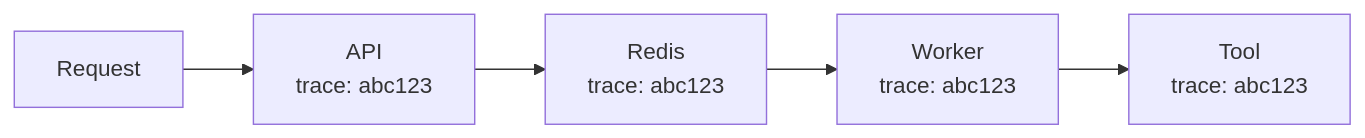
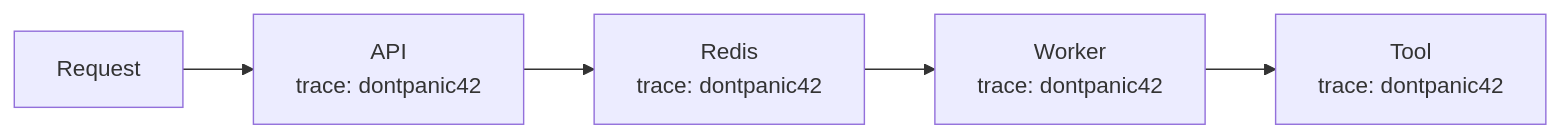
Diagram 12 of 13 in observability.md (Living-Content/living-content-architecture), drawn with Mermaid before and after one commit. The commit also changed other lines of this file and 7 other files, not shown here.

````diff
--- a/observability.md
+++ b/observability.md
@@ -359,7 +361,7 @@
 ```mermaid
 flowchart LR
-    REQ["Request"] --> API["API<br/>trace: abc123"]
-    API --> REDIS["Redis<br/>trace: abc123"]
-    REDIS --> WORKER["Worker<br/>trace: abc123"]
-    WORKER --> TOOL["Tool<br/>trace: abc123"]
+    REQ["Request"] --> API["API<br/>trace: dontpanic42"]
+    API --> REDIS["Redis<br/>trace: dontpanic42"]
+    REDIS --> WORKER["Worker<br/>trace: dontpanic42"]
+    WORKER --> TOOL["Tool<br/>trace: dontpanic42"]
 ```
````
